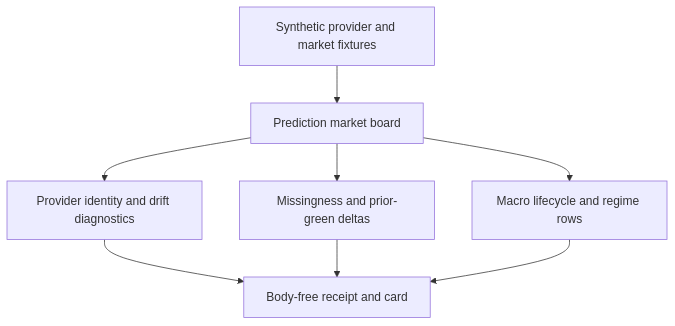
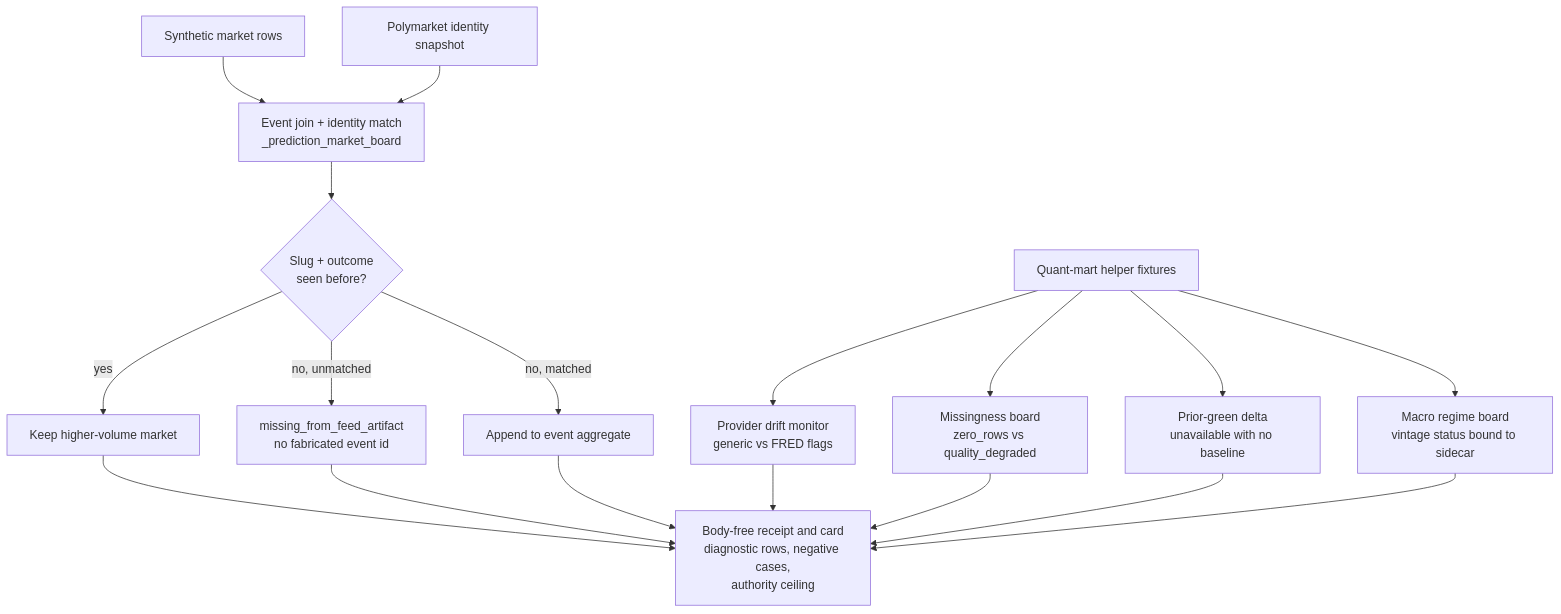
Before and after one commit to wcook04/plectis: the diagram in paper_modules/batch12_prediction_market_board_capsule.md, drawn with Mermaid. The commit also changed other lines of this file and 90 other files, not shown here.

First line of the commit message:
microcosm: enrich public paper-module prose and Shape diagrams (91 modules)

````diff
--- a/paper_modules/batch12_prediction_market_board_capsule.md
+++ b/paper_modules/batch12_prediction_market_board_capsule.md
@@ -67,10 +89,22 @@
 ```mermaid
 flowchart TD
-    A["Synthetic provider and market fixtures"] --> B["Prediction market board"]
-    B --> C["Provider identity and drift diagnostics"]
-    B --> D["Missingness and prior-green deltas"]
-    B --> E["Macro lifecycle and regime rows"]
-    C --> F["Body-free receipt and card"]
-    D --> F
-    E --> F
+    Rows["Synthetic market rows"] --> Join["Event join + identity match\n_prediction_market_board"]
+    Identity["Polymarket identity snapshot"] --> Join
+    Helpers["Quant-mart helper fixtures"] --> Drift["Provider drift monitor\ngeneric vs FRED flags"]
+    Helpers --> Miss["Missingness board\nzero_rows vs quality_degraded"]
+    Helpers --> Delta["Prior-green delta\nunavailable with no baseline"]
+    Helpers --> Macro["Macro regime board\nvintage status bound to sidecar"]
+
+    Join --> Dedup{"Slug + outcome\nseen before?"}
+    Dedup -->|yes| Keep["Keep higher-volume market"]
+    Dedup -->|no, unmatched| Orphan["missing_from_feed_artifact\nno fabricated event id"]
+    Dedup -->|no, matched| Append["Append to event aggregate"]
+
+    Keep --> Receipt["Body-free receipt and card\ndiagnostic rows, negative cases,\nauthority ceiling"]
+    Orphan --> Receipt
+    Append --> Receipt
+    Drift --> Receipt
+    Miss --> Receipt
+    Delta --> Receipt
+    Macro --> Receipt
 ```
````
